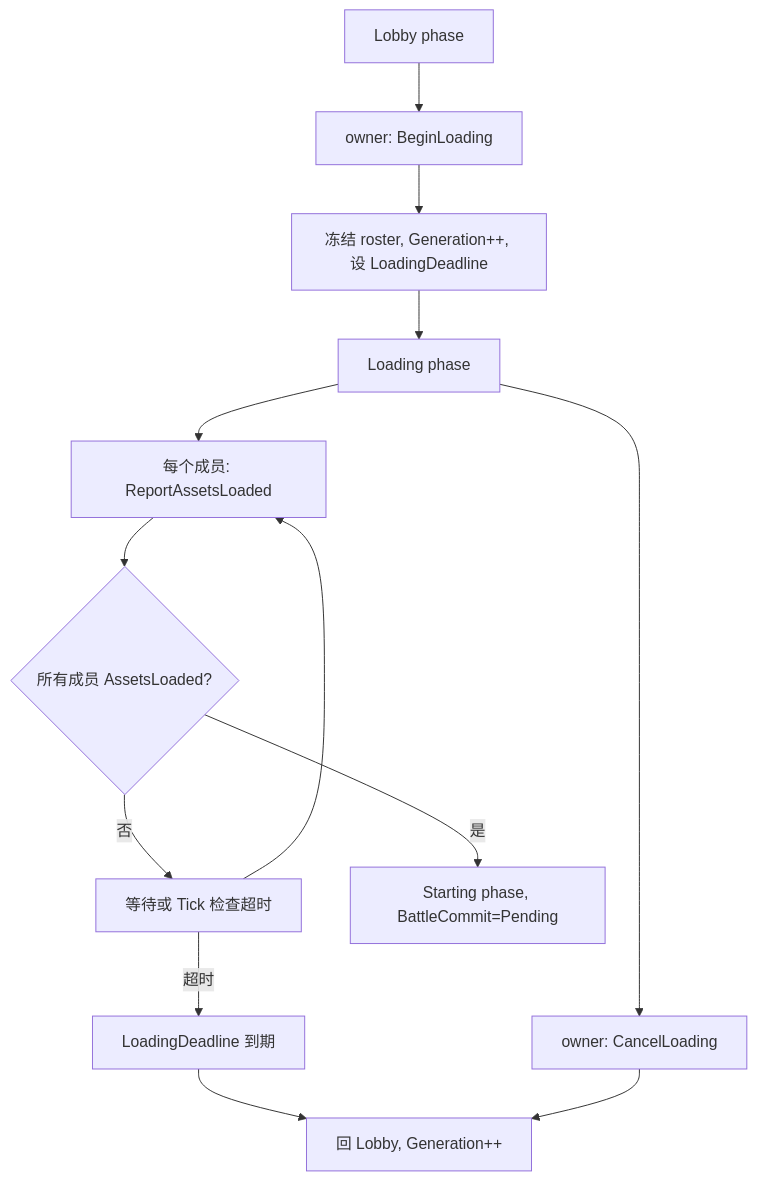
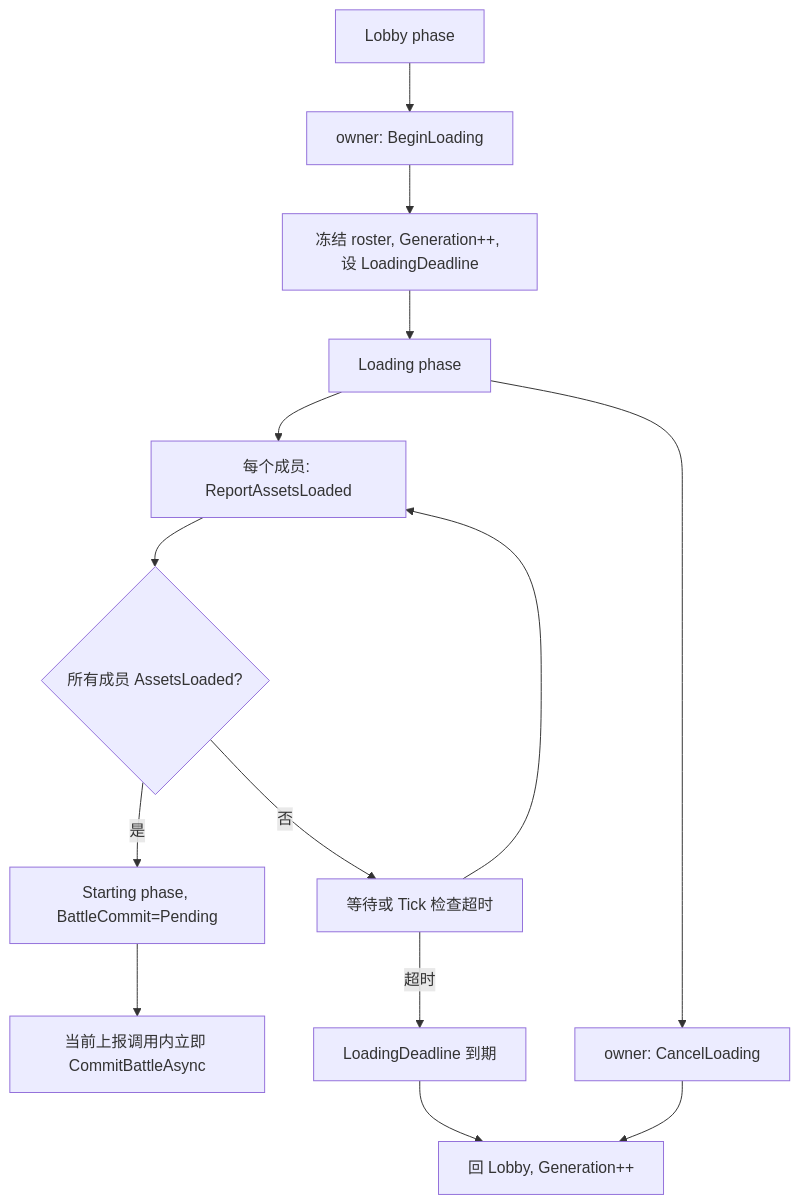
One commit to HOBOBO/AbilityKit changed the third of 5 diagrams in Docs/design/12-ServerArchitecture/02-GatewayRoomBattleFlow.md. Above: the diagram before and after it, drawn with Mermaid. The commit also changed other lines of this file and 537 other files, not shown here.

````diff
--- a/Docs/design/12-ServerArchitecture/02-GatewayRoomBattleFlow.md
+++ b/Docs/design/12-ServerArchitecture/02-GatewayRoomBattleFlow.md
@@ -149,15 +160,16 @@
 ```mermaid
 flowchart TB
     Lobby[Lobby phase] --> Begin[owner: BeginLoading]
     Begin --> Freeze[冻结 roster, Generation++, 设 LoadingDeadline]
     Freeze --> Loading[Loading phase]
     Loading --> Report[每个成员: ReportAssetsLoaded]
     Report --> CheckAll{所有成员 AssetsLoaded?}
     CheckAll -->|否| Wait[等待或 Tick 检查超时]
     Wait --> Report
     CheckAll -->|是| Starting[Starting phase, BattleCommit=Pending]
+    Starting --> Commit[当前上报调用内立即 CommitBattleAsync]
     Wait -->|超时| Timeout[LoadingDeadline 到期]
     Timeout --> BackLobby[回 Lobby, Generation++]
     Loading --> Cancel[owner: CancelLoading]
     Cancel --> BackLobby
 ```
````
